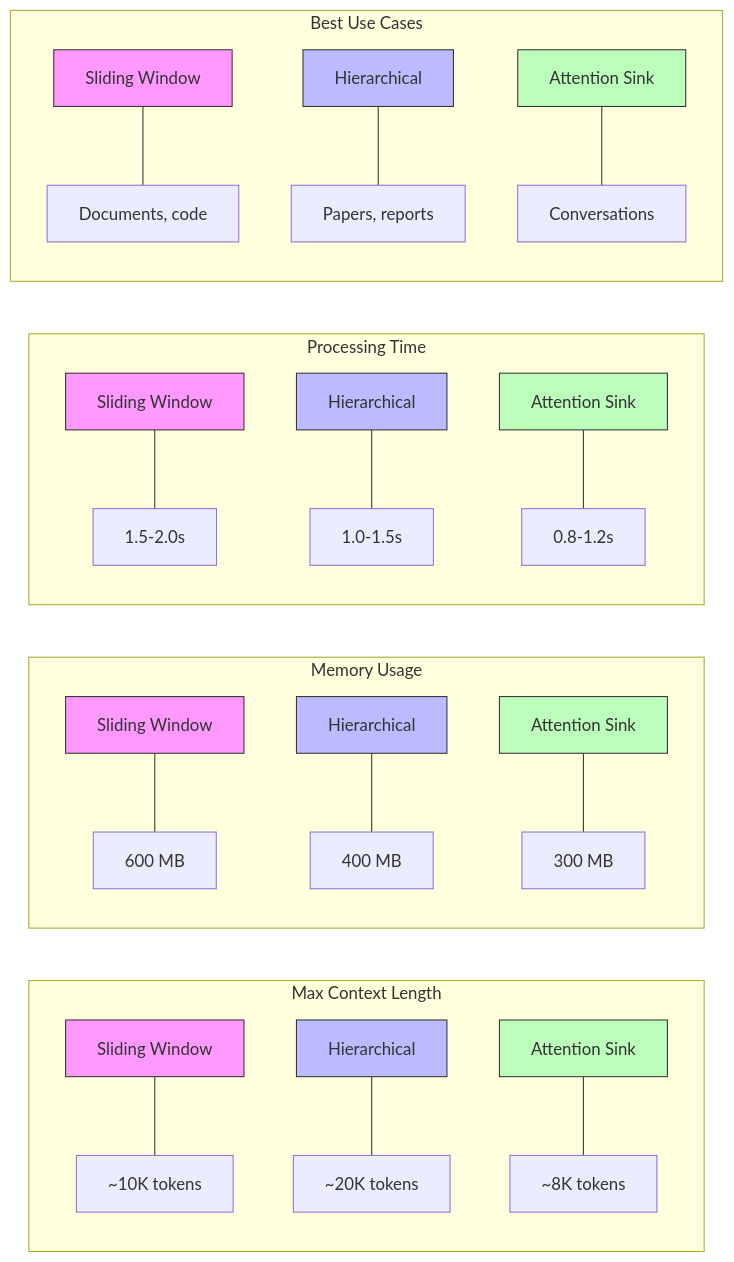
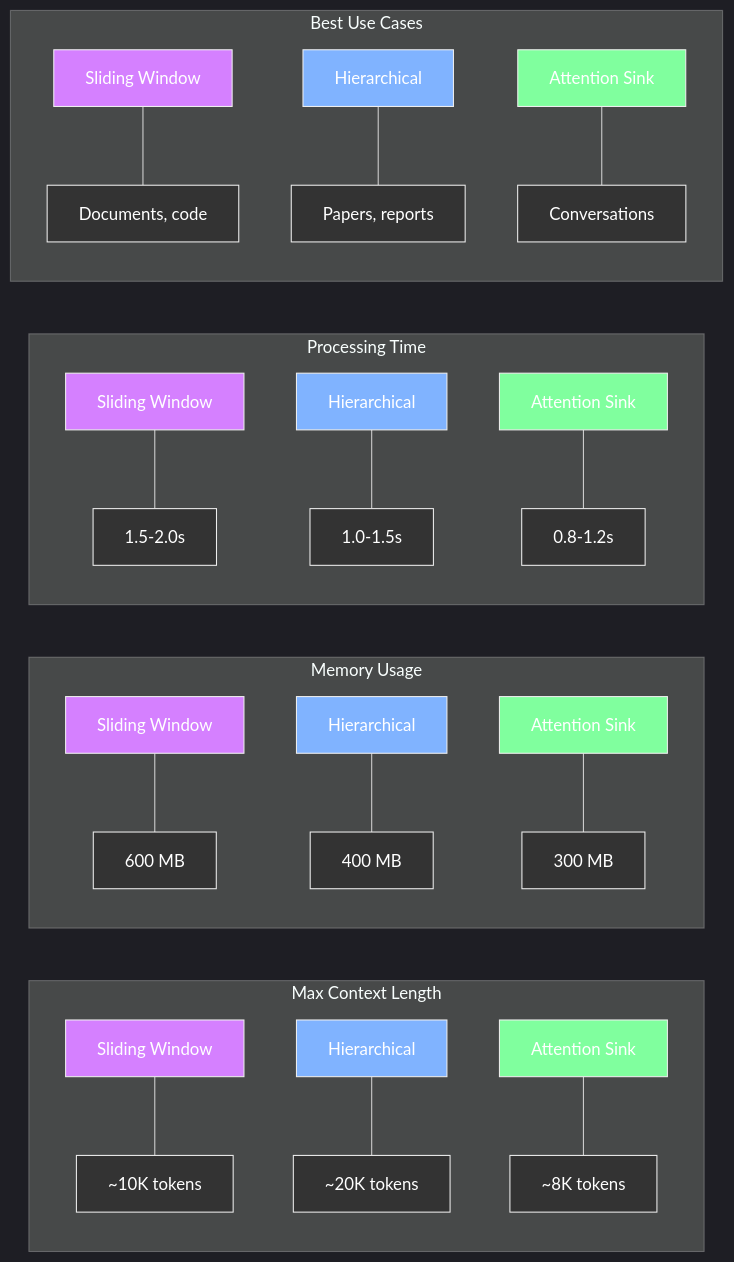
The second of 2 diagrams in README.md (mbhatt1/ContextWormhole), drawn with Mermaid before and after one commit. The commit also changed other lines of this file, not shown here.

Commit message:
Add diagram

````diff
--- a/README.md
+++ b/README.md
@@ -245,39 +248,42 @@
 ```mermaid
+%%{init: {'theme': 'dark'}}%%
 graph LR
     subgraph "Max Context Length"
         SW_C[Sliding Window] --- SW_CL[~10K tokens]
         HC_C[Hierarchical] --- HC_CL[~20K tokens]
         AS_C[Attention Sink] --- AS_CL[~8K tokens]
     end
     
     subgraph "Memory Usage"
         SW_M[Sliding Window] --- SW_MU[600 MB]
         HC_M[Hierarchical] --- HC_MU[400 MB]
         AS_M[Attention Sink] --- AS_MU[300 MB]
     end
     
     subgraph "Processing Time"
         SW_T[Sliding Window] --- SW_PT[1.5-2.0s]
         HC_T[Hierarchical] --- HC_PT[1.0-1.5s]
         AS_T[Attention Sink] --- AS_PT[0.8-1.2s]
     end
     
     subgraph "Best Use Cases"
         SW_U[Sliding Window] --- SW_UC[Documents, code]
         HC_U[Hierarchical] --- HC_UC[Papers, reports]
         AS_U[Attention Sink] --- AS_UC[Conversations]
     end
     
-    style SW_C fill:#f9f,stroke:#333,stroke-width:1px
-    style HC_C fill:#bbf,stroke:#333,stroke-width:1px
-    style AS_C fill:#bfb,stroke:#333,stroke-width:1px
-    style SW_M fill:#f9f,stroke:#333,stroke-width:1px
-    style HC_M fill:#bbf,stroke:#333,stroke-width:1px
-    style AS_M fill:#bfb,stroke:#333,stroke-width:1px
-    style SW_T fill:#f9f,stroke:#333,stroke-width:1px
-    style HC_T fill:#bbf,stroke:#333,stroke-width:1px
-    style AS_T fill:#bfb,stroke:#333,stroke-width:1px
-    style SW_U fill:#f9f,stroke:#333,stroke-width:1px
-    style HC_U fill:#bbf,stroke:#333,stroke-width:1px
-    style AS_U fill:#bfb,stroke:#333,stroke-width:1px
+    style SW_C fill:#d580ff,stroke:#eee,stroke-width:1px
+    style HC_C fill:#80b3ff,stroke:#eee,stroke-width:1px
+    style AS_C fill:#80ff9e,stroke:#eee,stroke-width:1px
+    style SW_M fill:#d580ff,stroke:#eee,stroke-width:1px
+    style HC_M fill:#80b3ff,stroke:#eee,stroke-width:1px
+    style AS_M fill:#80ff9e,stroke:#eee,stroke-width:1px
+    style SW_T fill:#d580ff,stroke:#eee,stroke-width:1px
+    style HC_T fill:#80b3ff,stroke:#eee,stroke-width:1px
+    style AS_T fill:#80ff9e,stroke:#eee,stroke-width:1px
+    style SW_U fill:#d580ff,stroke:#eee,stroke-width:1px
+    style HC_U fill:#80b3ff,stroke:#eee,stroke-width:1px
+    style AS_U fill:#80ff9e,stroke:#eee,stroke-width:1px
+    
+    classDef default fill:#333,stroke:#eee,color:#fff,stroke-width:1px
 ```
````
